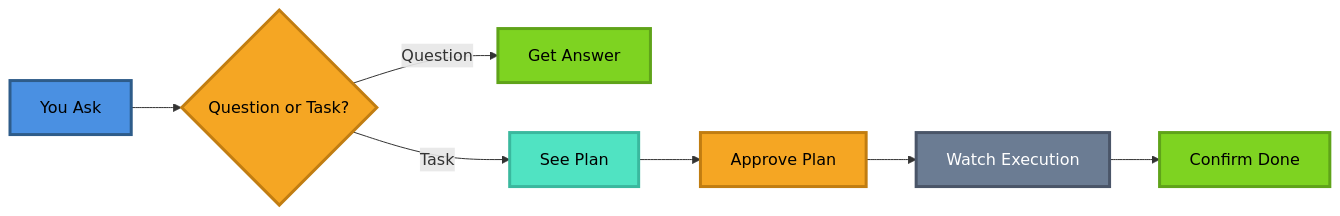
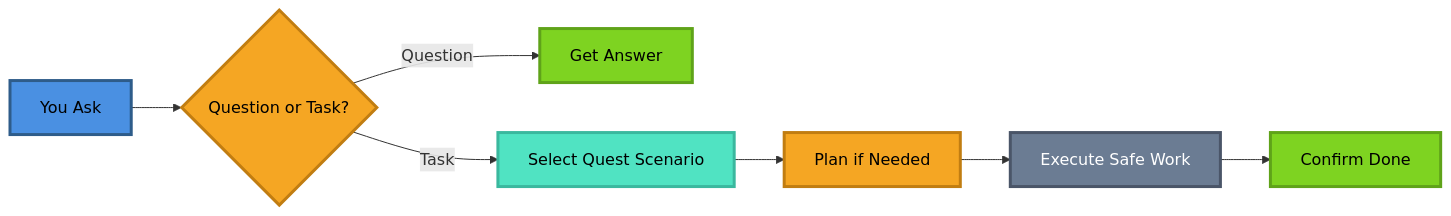
Before and after one commit to kalihat007/OpenAgentsControl: the first of 17 diagrams in docs/agents/openagent.md, drawn with Mermaid. The commit also changed other lines of this file and 23 other files, not shown here.

````diff
--- a/docs/agents/openagent.md
+++ b/docs/agents/openagent.md
@@ -48,17 +48,17 @@
 ```mermaid
 graph LR
     A[You Ask] --> B{Question or Task?}
     B -->|Question| C[Get Answer]
-    B -->|Task| D[See Plan]
-    D --> E[Approve Plan]
-    E --> F[Watch Execution]
+    B -->|Task| D[Select Quest Scenario]
+    D --> E[Plan if Needed]
+    E --> F[Execute Safe Work]
     F --> G[Confirm Done]
     
     style A fill:#4A90E2,stroke:#2E5C8A,stroke-width:3px,color:#000
     style B fill:#F5A623,stroke:#C17D11,stroke-width:3px,color:#000
     style C fill:#7ED321,stroke:#5FA319,stroke-width:3px,color:#000
     style D fill:#50E3C2,stroke:#3AB89E,stroke-width:3px,color:#000
     style E fill:#F5A623,stroke:#C17D11,stroke-width:3px,color:#000
     style F fill:#6B7C93,stroke:#4A5568,stroke-width:3px,color:#fff
     style G fill:#7ED321,stroke:#5FA319,stroke-width:3px,color:#000
 ```
````
